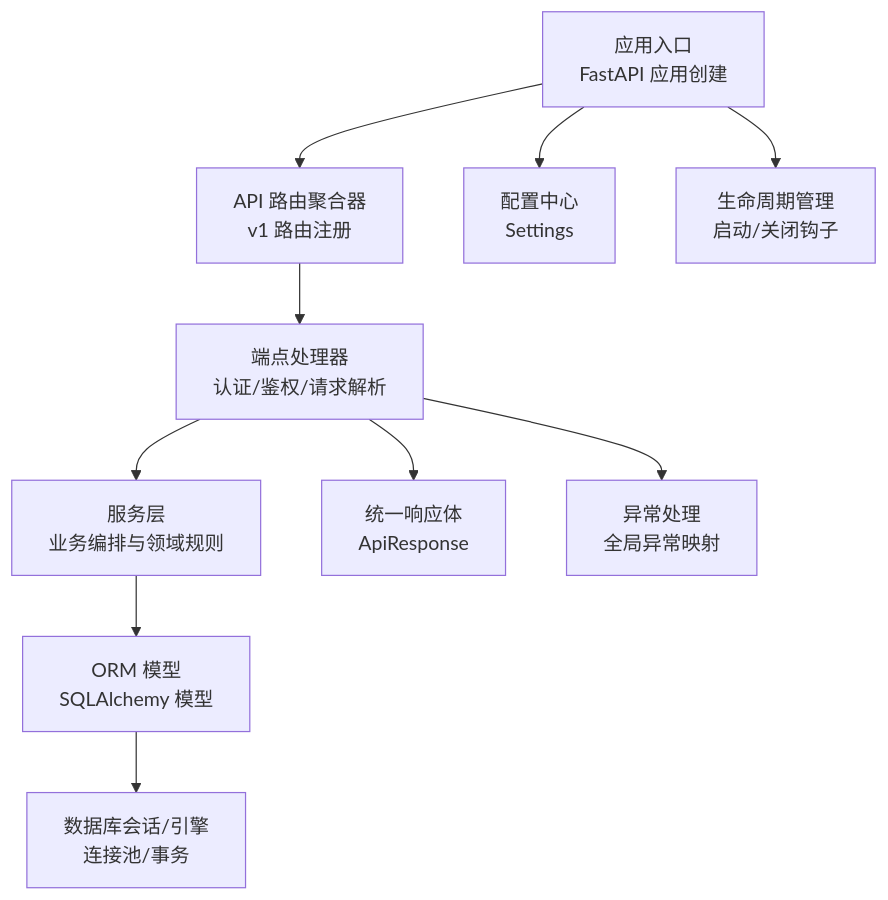
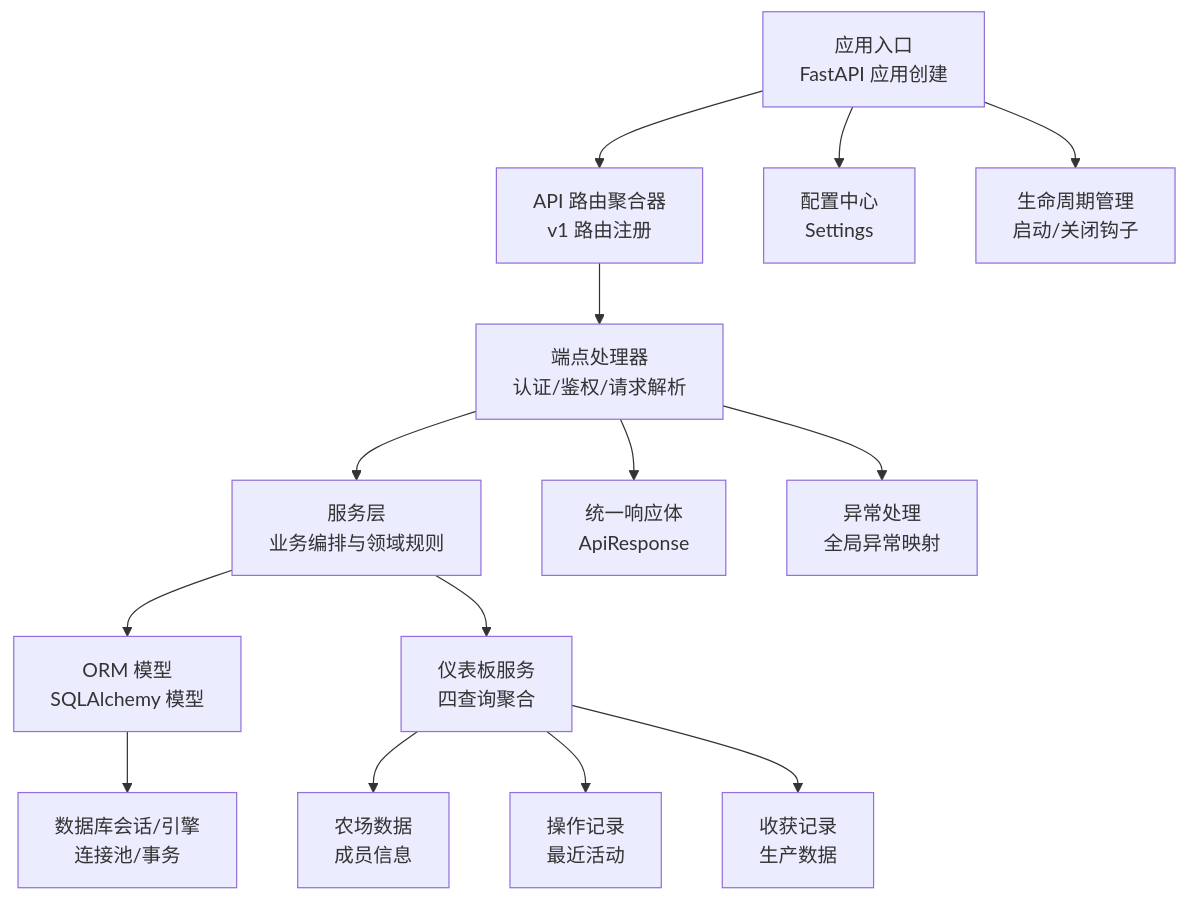
The first of 6 diagrams in .qoder/repowiki/zh/content/系统架构/后端架构/后端架构.md (wungjyan/pocket-farm), drawn with Mermaid before and after one commit. The commit also changed other lines of this file and 198 other files, not shown here.

````diff
--- a/.qoder/repowiki/zh/content/系统架构/后端架构/后端架构.md
+++ b/.qoder/repowiki/zh/content/系统架构/后端架构/后端架构.md
@@ -44,12 +52,16 @@
 ```mermaid
 graph TB
 A["应用入口<br/>FastAPI 应用创建"] --> B["API 路由聚合器<br/>v1 路由注册"]
 B --> C["端点处理器<br/>认证/鉴权/请求解析"]
 C --> D["服务层<br/>业务编排与领域规则"]
 D --> E["ORM 模型<br/>SQLAlchemy 模型"]
 E --> F["数据库会话/引擎<br/>连接池/事务"]
 C --> G["统一响应体<br/>ApiResponse"]
 C --> H["异常处理<br/>全局异常映射"]
 A --> I["配置中心<br/>Settings"]
 A --> J["生命周期管理<br/>启动/关闭钩子"]
+D --> K["仪表板服务<br/>四查询聚合"]
+K --> L["农场数据<br/>成员信息"]
+K --> M["操作记录<br/>最近活动"]
+K --> N["收获记录<br/>生产数据"]
 ```
````
